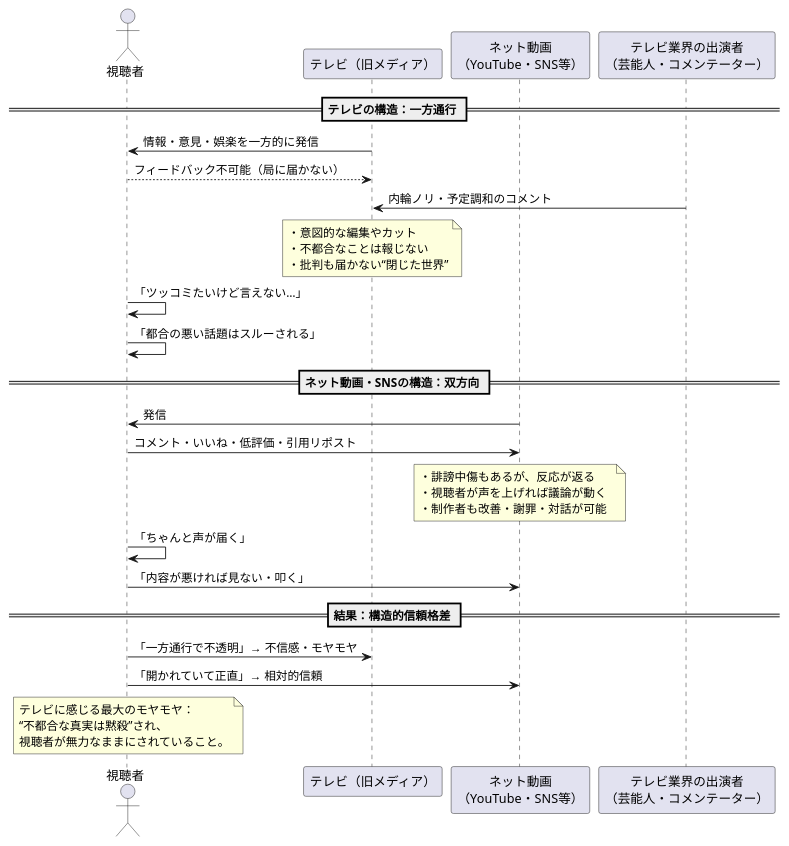
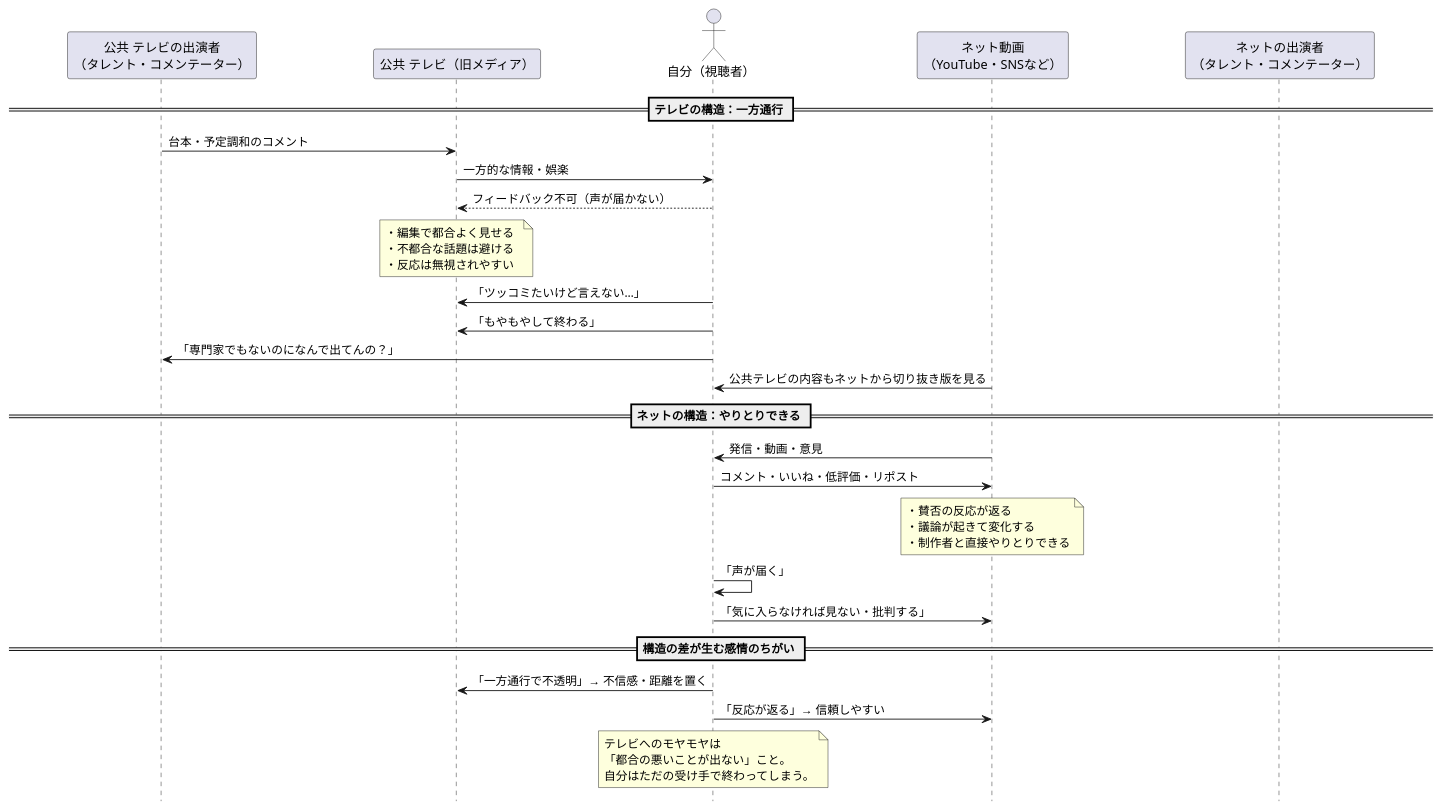
The diagram in mondai_media_moyamoyoa1.pu (coacoa/images), drawn with PlantUML before and after one commit. The commit also changed 1 other file, not shown here.

```diff
--- a/mondai_media_moyamoyoa1.pu
+++ b/mondai_media_moyamoyoa1.pu
@@ -1,43 +1,52 @@
 @startuml
-actor 視聴者 as Viewer
-participant "テレビ（旧メディア）" as TV
-participant "ネット動画\n（YouTube・SNS等）" as NetVideo
-participant "テレビ業界の出演者\n（芸能人・コメンテーター）" as Tarento
+hide footbox
+skinparam sequence {
+  ParticipantPadding 60
+  BoxPadding 20
+}
+
+participant "公共 テレビの出演者\n（タレント・コメンテーター）" as Tarento
+participant "公共 テレビ（旧メディア）" as TV
+actor "自分（視聴者）" as Viewer
+participant "ネット動画\n（YouTube・SNSなど）" as NetVideo
+participant "ネットの出演者\n（タレント・コメンテーター）" as NetTarento
 
 == テレビの構造：一方通行 ==
-TV -> Viewer : 情報・意見・娯楽を一方的に発信
-Viewer --> TV : フィードバック不可能（局に届かない）
-Tarento -> TV : 内輪ノリ・予定調和のコメント
+Tarento -> TV : 台本・予定調和のコメント
+TV -> Viewer : 一方的な情報・娯楽
+Viewer --> TV : フィードバック不可（声が届かない）
 
 note over TV
-・意図的な編集やカット  
-・不都合なことは報じない  
-・批判も届かない“閉じた世界”
+・編集で都合よく見せる  
+・不都合な話題は避ける  
+・反応は無視されやすい
 end note
 
-Viewer -> Viewer : 「ツッコミたいけど言えない…」  
-Viewer -> Viewer : 「都合の悪い話題はスルーされる」
+Viewer -> TV : 「ツッコミたいけど言えない…」  
+Viewer -> TV : 「もやもやして終わる」
+Viewer -> Tarento : 「専門家でもないのになんで出てんの？」
+NetVideo -> Viewer : 公共テレビの内容もネットから切り抜き版を見る
 
-== ネット動画・SNSの構造：双方向 ==
-NetVideo -> Viewer : 発信
-Viewer -> NetVideo : コメント・いいね・低評価・引用リポスト
+== ネットの構造：やりとりできる ==
+NetVideo -> Viewer : 発信・動画・意見
+Viewer -> NetVideo : コメント・いいね・低評価・リポスト
 
 note over NetVideo
-・誹謗中傷もあるが、反応が返る  
-・視聴者が声を上げれば議論が動く  
-・制作者も改善・謝罪・対話が可能
+・賛否の反応が返る  
+・議論が起きて変化する  
+・制作者と直接やりとりできる
 end note
 
-Viewer -> Viewer : 「ちゃんと声が届く」  
-Viewer -> NetVideo : 「内容が悪ければ見ない・叩く」
+Viewer -> Viewer : 「声が届く」  
+Viewer -> NetVideo : 「気に入らなければ見ない・批判する」
 
-== 結果：構造的信頼格差 ==
-Viewer -> TV : 「一方通行で不透明」→ 不信感・モヤモヤ
-Viewer -> NetVideo : 「開かれていて正直」→ 相対的信頼
+== 構造の差が生む感情のちがい ==
+Viewer -> TV : 「一方通行で不透明」→ 不信感・距離を置く
+Viewer -> NetVideo : 「反応が返る」→ 信頼しやすい
 
 note over Viewer
-テレビに感じる最大のモヤモヤ：  
-“不都合な真実は黙殺”され、  
-視聴者が無力なままにされていること。
+テレビへのモヤモヤは  
+「都合の悪いことが出ない」こと。  
+自分はただの受け手で終わってしまう。
 end note
 @enduml
```
